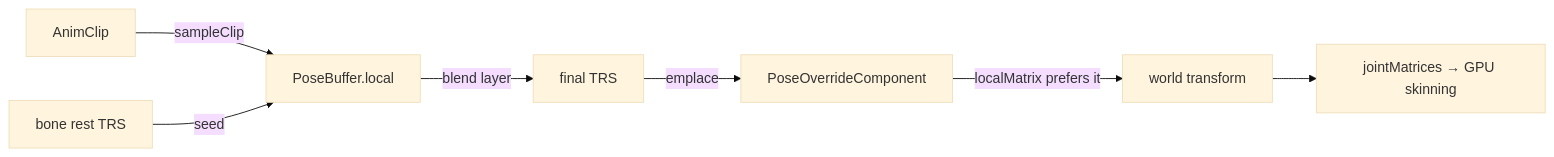
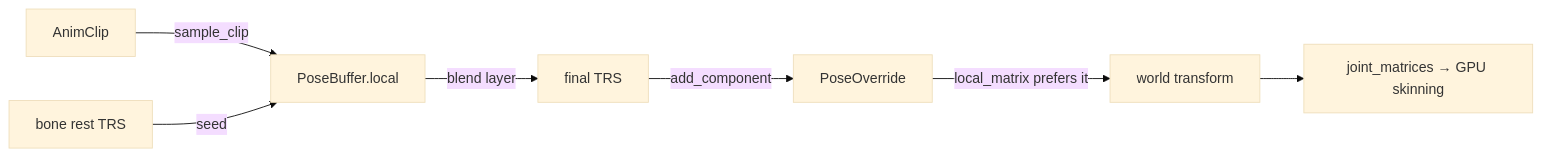
One commit to saffronjam/saffron-anima changed the diagram in docs/content/explanations/animation/playback-runtime.md. Above: the diagram before and after it, drawn with Mermaid (base theme). The commit also changed other lines of this file and 5 other files, not shown here.

````diff
--- a/docs/content/explanations/animation/playback-runtime.md
+++ b/docs/content/explanations/animation/playback-runtime.md
@@ -21,9 +21,9 @@
 ```mermaid
 flowchart LR
-  clip[AnimClip] -->|sampleClip| pose[PoseBuffer.local]
+  clip[AnimClip] -->|sample_clip| pose[PoseBuffer.local]
   rest[bone rest TRS] -->|seed| pose
   pose -->|blend layer| final[final TRS]
-  final -->|emplace| ov[PoseOverrideComponent]
-  ov -->|localMatrix prefers it| world[world transform]
-  world --> joints[jointMatrices → GPU skinning]
+  final -->|add_component| ov[PoseOverride]
+  ov -->|local_matrix prefers it| world[world transform]
+  world --> joints[joint_matrices → GPU skinning]
 ```
````
